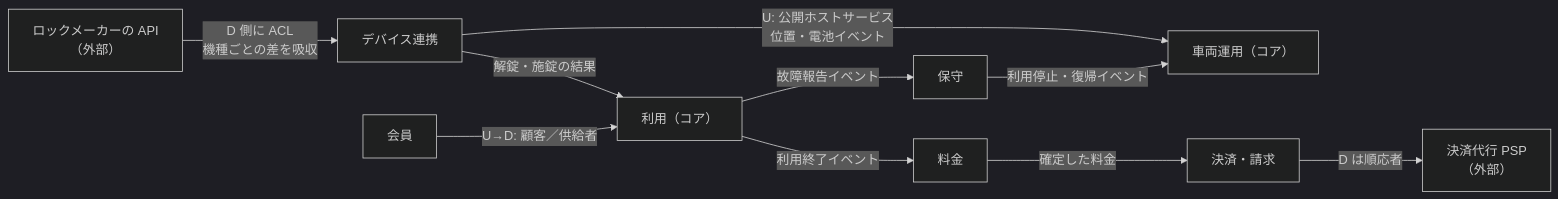
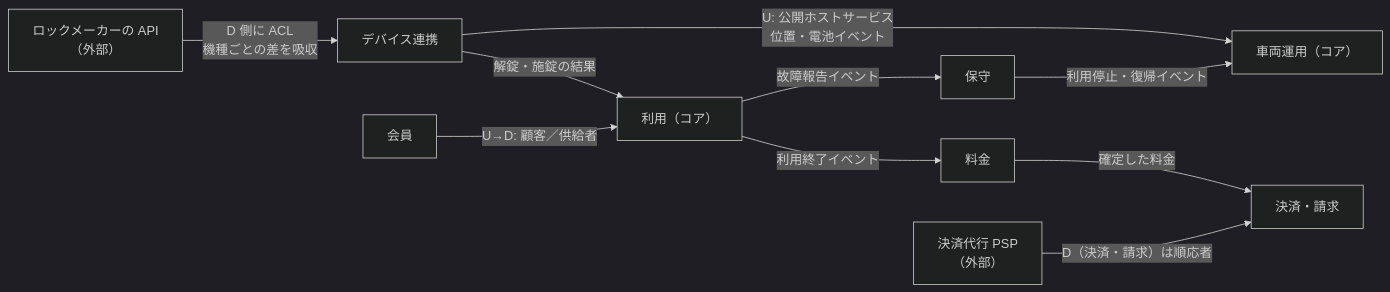
The third of 3 diagrams in 09-architecture/03-domain-driven-design/README.md (raku1chi/study-cs), drawn with Mermaid (dark theme) before and after one commit. The commit also changed other lines of this file and 26 other files, not shown here.

````diff
--- a/09-architecture/03-domain-driven-design/README.md
+++ b/09-architecture/03-domain-driven-design/README.md
@@ -478,21 +478,21 @@
 ```mermaid
 flowchart LR
   rent["利用（コア）"]
   ops["車両運用（コア）"]
   price["料金"]
   member["会員"]
   maint["保守"]
   pay["決済・請求"]
   iot["デバイス連携"]
   lockv["ロックメーカーの API<br>（外部）"]
   psp["決済代行 PSP<br>（外部）"]
   lockv -->|"D 側に ACL<br>機種ごとの差を吸収"| iot
   iot -->|"U: 公開ホストサービス<br>位置・電池イベント"| ops
   iot -->|"解錠・施錠の結果"| rent
   member -->|"U→D: 顧客／供給者"| rent
   rent -->|"利用終了イベント"| price
   price -->|"確定した料金"| pay
-  pay -->|"D は順応者"| psp
+  psp -->|"D（決済・請求）は順応者"| pay
   rent -->|"故障報告イベント"| maint
   maint -->|"利用停止・復帰イベント"| ops
 ```
````
